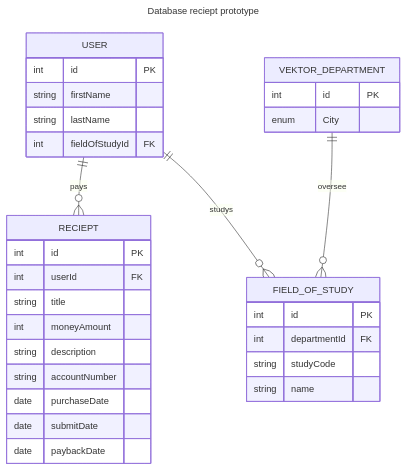
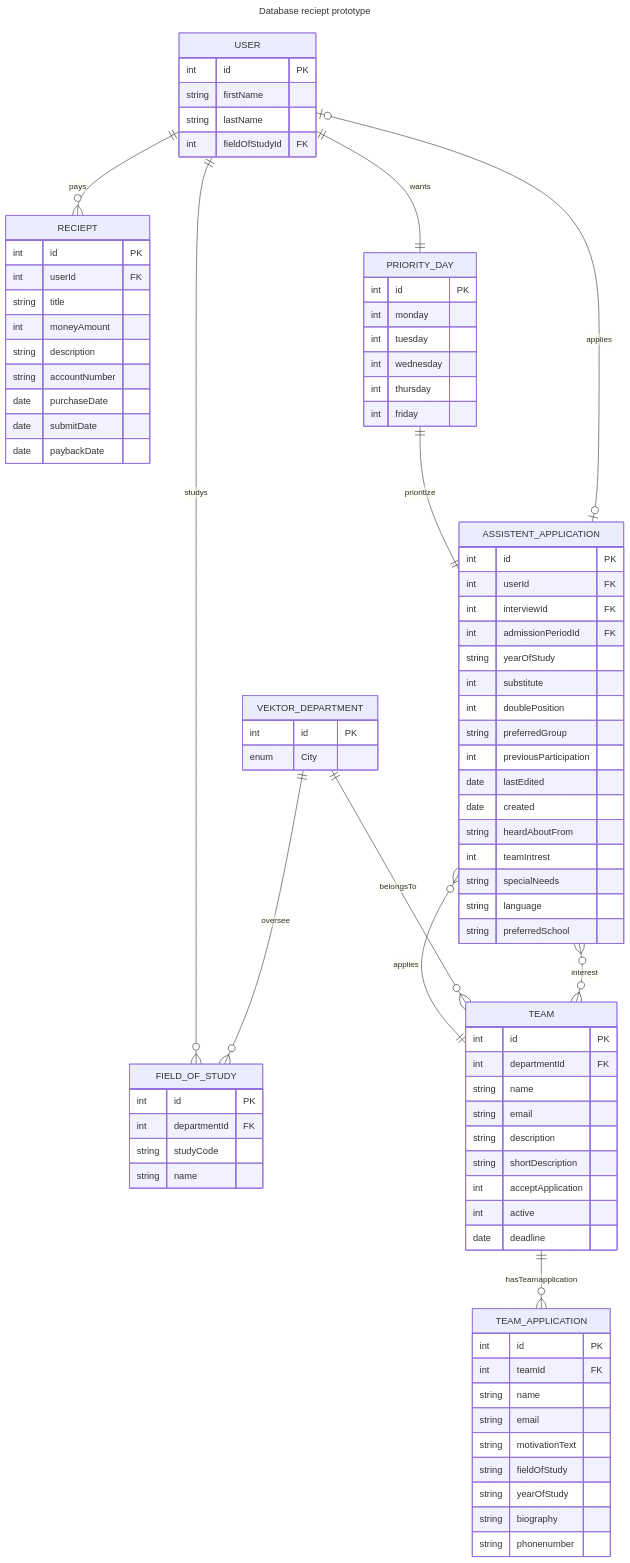
Before and after one commit to vektorprogrammet/vektor-api: the diagram in database-diagram.md, drawn with Mermaid. The commit also changed other lines of this file, not shown here.

Commit message:
docs: :memo: add team, teamapplication, assistentapplication and priorityday to er diagram

````diff
--- a/database-diagram.md
+++ b/database-diagram.md
@@ -30,7 +30,63 @@
         int id PK
         enum City
     }
+    TEAM {
+        int id PK
+        int departmentId FK
+        string name
+        string email
+        string description
+        string shortDescription
+        int acceptApplication
+        int active
+        date deadline
+    }
+    TEAM_APPLICATION {
+        int id PK
+        int teamId FK
+        string name
+        string email
+        string motivationText
+        string fieldOfStudy
+        string yearOfStudy
+        string biography
+        string phonenumber
+    }
+    ASSISTENT_APPLICATION{
+        int id PK
+        int userId FK
+        int interviewId FK
+        int admissionPeriodId FK
+        string yearOfStudy
+        int substitute
+        int doublePosition
+        string preferredGroup
+        int previousParticipation
+        date lastEdited
+        date created
+        string heardAboutFrom
+        int teamIntrest
+        string specialNeeds
+        string language
+        string preferredSchool
+
+    }
+    PRIORITY_DAY{
+        int id PK
+        int monday
+        int tuesday
+        int wednesday
+        int thursday
+        int friday
+    }
     USER ||--o{ RECIEPT : "pays"
     USER ||--o{ FIELD_OF_STUDY : studys
     VEKTOR_DEPARTMENT ||--o{ FIELD_OF_STUDY : oversee
+    TEAM ||--o{ TEAM_APPLICATION : hasTeamapplication
+    ASSISTENT_APPLICATION |o--o| USER : applies
+    ASSISTENT_APPLICATION }O--|| TEAM : applies
+    PRIORITY_DAY ||--|| ASSISTENT_APPLICATION : prioritize
+    USER ||--|| PRIORITY_DAY : wants
+    TEAM }o--o{ ASSISTENT_APPLICATION : interest
+    VEKTOR_DEPARTMENT ||--O{ TEAM : belongsTo
 ```
````
